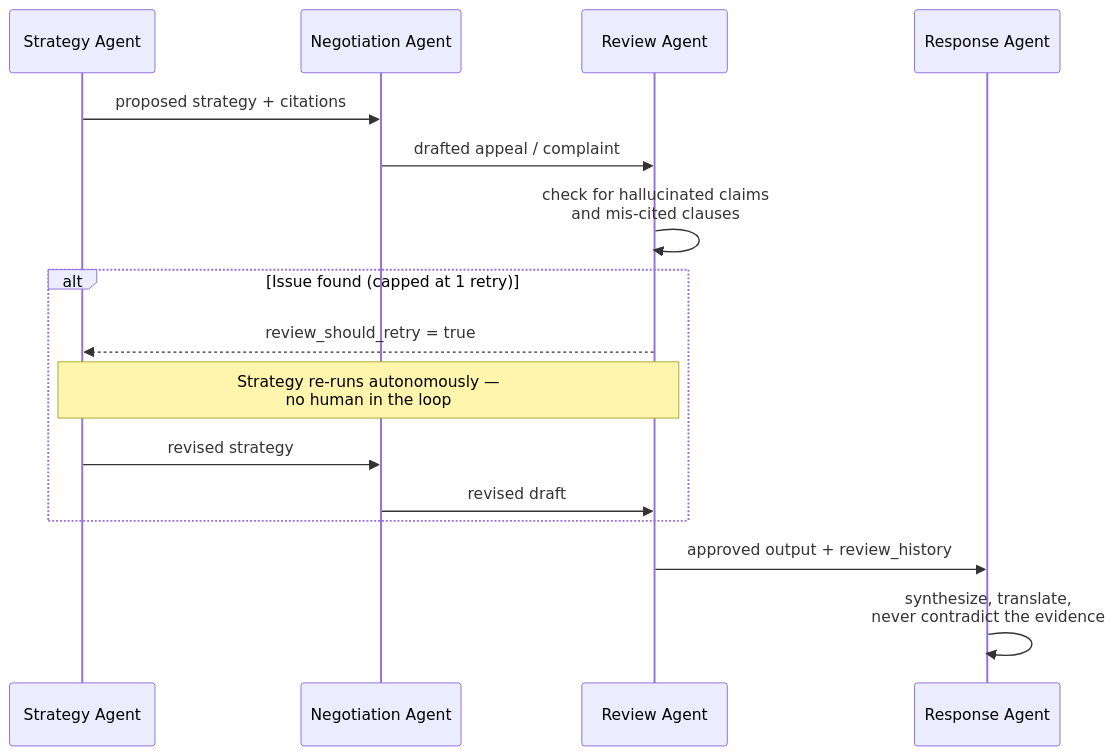
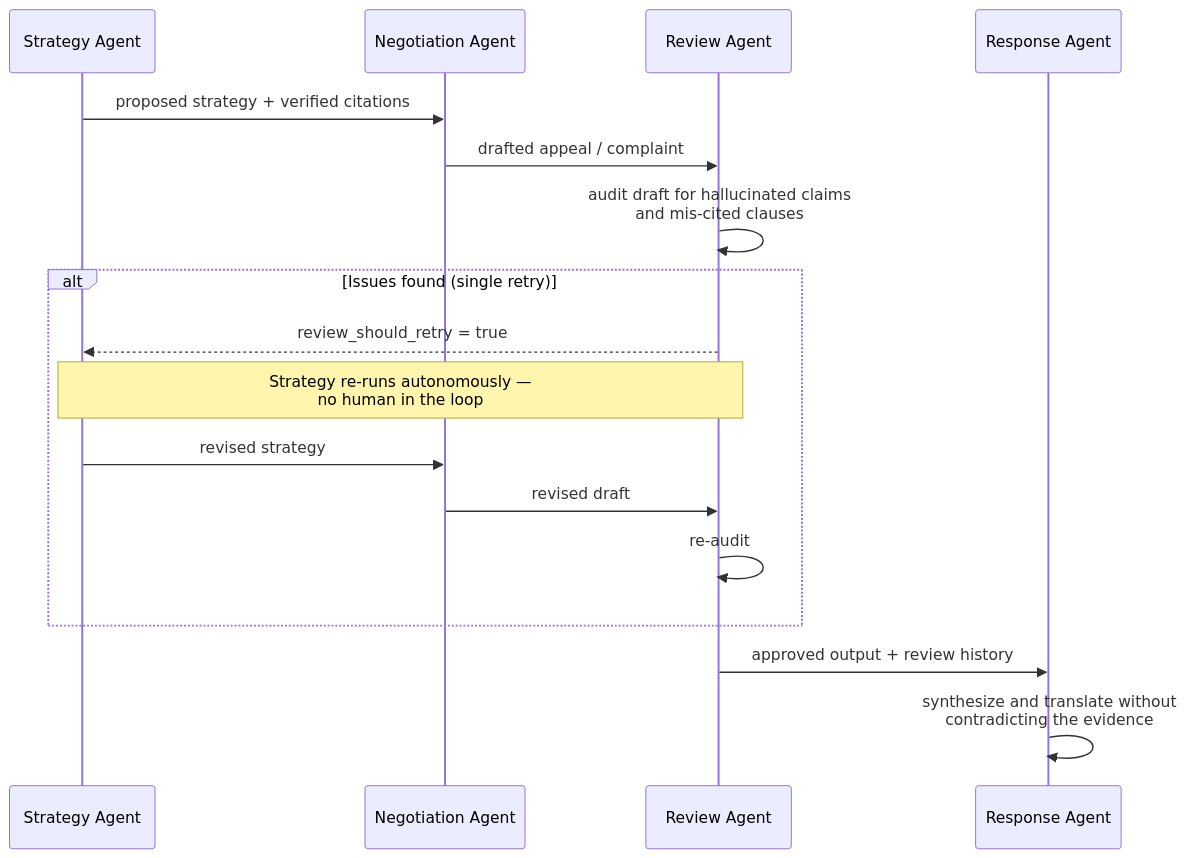
One commit to victrvondoom/RECLAIM changed the third of 4 diagrams in README.md. Above: the diagram before and after it, drawn with Mermaid. The commit also changed other lines of this file, not shown here.

First line of the commit message:
docs: rewrite README with architecture and mermaid diagrams, remove all links

````diff
--- a/README.md
+++ b/README.md
@@ -154,19 +162,20 @@
 ```mermaid
 sequenceDiagram
     participant S as Strategy Agent
-    participant A as Negotiation Agent
+    participant N as Negotiation Agent
     participant R as Review Agent
     participant O as Response Agent
 
-    S->>A: proposed strategy + citations
-    A->>R: drafted appeal / complaint
-    R->>R: check for hallucinated claims<br/>and mis-cited clauses
-    alt Issue found (capped at 1 retry)
+    S->>N: proposed strategy + verified citations
+    N->>R: drafted appeal / complaint
+    R->>R: audit draft for hallucinated claims<br/>and mis-cited clauses
+    alt Issues found (single retry)
         R-->>S: review_should_retry = true
         Note over S,R: Strategy re-runs autonomously —<br/>no human in the loop
-        S->>A: revised strategy
-        A->>R: revised draft
+        S->>N: revised strategy
+        N->>R: revised draft
+        R->>R: re-audit
     end
-    R->>O: approved output + review_history
-    O->>O: synthesize, translate,<br/>never contradict the evidence
+    R->>O: approved output + review history
+    O->>O: synthesize and translate without<br/>contradicting the evidence
 ```
````
